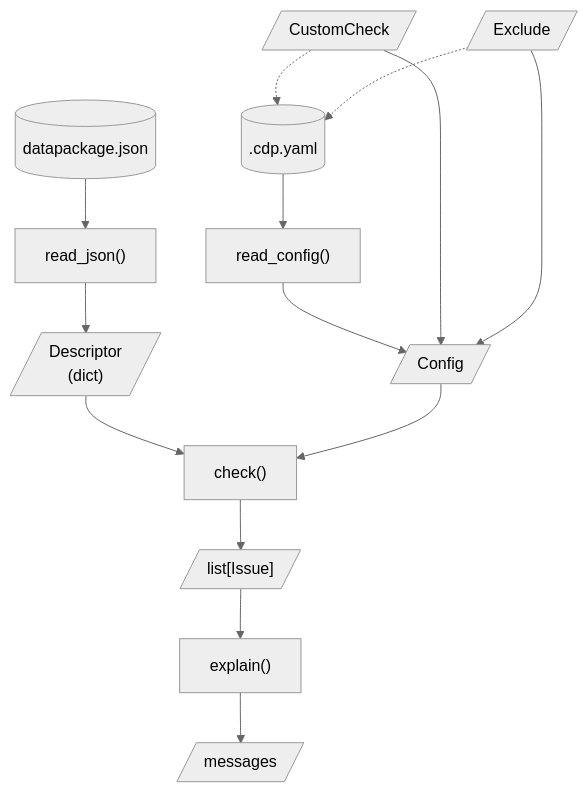
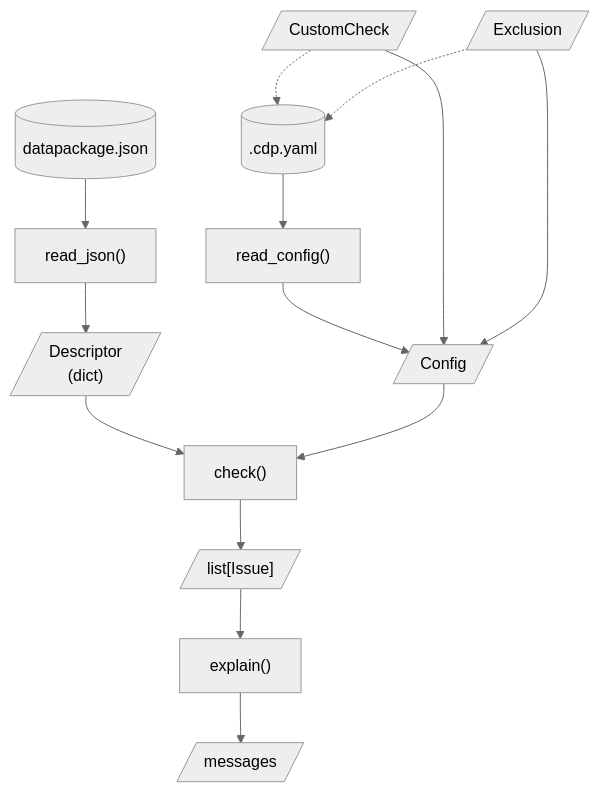
The diagram in docs/design/interface.qmd (seedcase-project/check-datapackage), drawn with Mermaid (neutral theme) before and after one commit. The commit also changed other lines of this file and 8 other files, not shown here.

First line of the commit message:
refactor: 🚚 rename `Exclude` class to `Exclusion` (#145)

````diff
--- a/docs/design/interface.qmd
+++ b/docs/design/interface.qmd
@@ -153,28 +155,28 @@
 ```{mermaid}
 %%| label: fig-interface-flow
 %%| fig-cap: "Flow of functions and classes when using `check-datapackage`."
 %%| fig-alt: "A flowchart showing the flow of using `check-datapackage`, starting with reading the datapackage.json and .cdp.yaml files, then checking the descriptor with the config, and finally explaining any issues found."
 flowchart TD
     descriptor_file[(datapackage.json)]
     read_json["read_json()"]
     descriptor[/"Descriptor<br>(dict)"/]
 
     config_file[(.cdp.yaml)]
     read_config["read_config()"]
 
     config[/Config/]
     custom_check[/CustomCheck/]
-    exclude[/Exclude/]
+    exclusion[/Exclusion/]
     check["check()"]
     issues[/"list[Issue]"/]
 
     explain["explain()"]
     messages[/messages/]
 
     descriptor_file --> read_json --> descriptor
     config_file --> read_config --> config
-    custom_check & exclude --> config
-    custom_check & exclude -.-> config_file
+    custom_check & exclusion --> config
+    custom_check & exclusion -.-> config_file
 
     descriptor & config --> check --> issues --> explain --> messages
 ```
````
